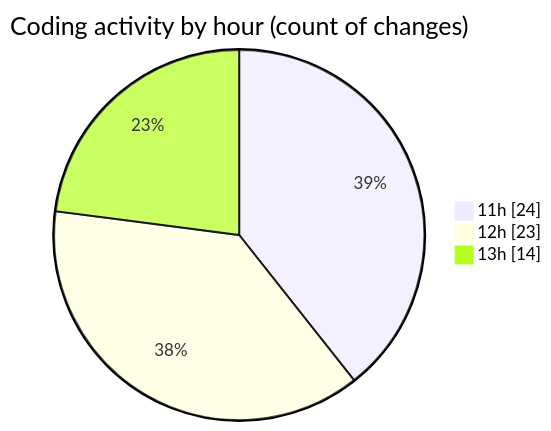
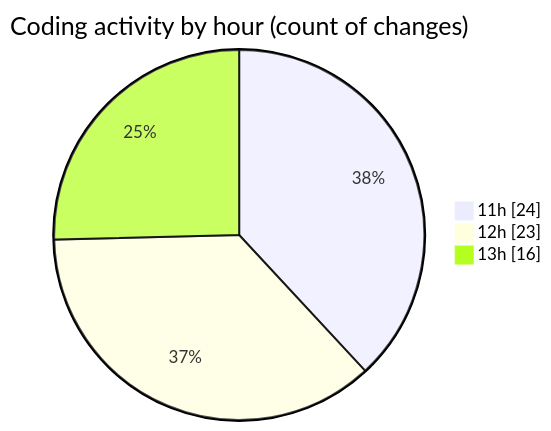
One commit to nxtqubesakshisongat/code-tracking changed the second of 2 diagrams in 2025-09-18/nxtqube_webapp/README.md. Above: the diagram before and after it, drawn with Mermaid. The commit also changed other lines of this file and 1 other file, not shown here.

````diff
--- a/2025-09-18/nxtqube_webapp/README.md
+++ b/2025-09-18/nxtqube_webapp/README.md
@@ -40,7 +40,7 @@
 ```mermaid
 pie showData
 title Coding activity by hour (count of changes)
 "11h" : 24
 "12h" : 23
-"13h" : 14
+"13h" : 16
 ```
````
